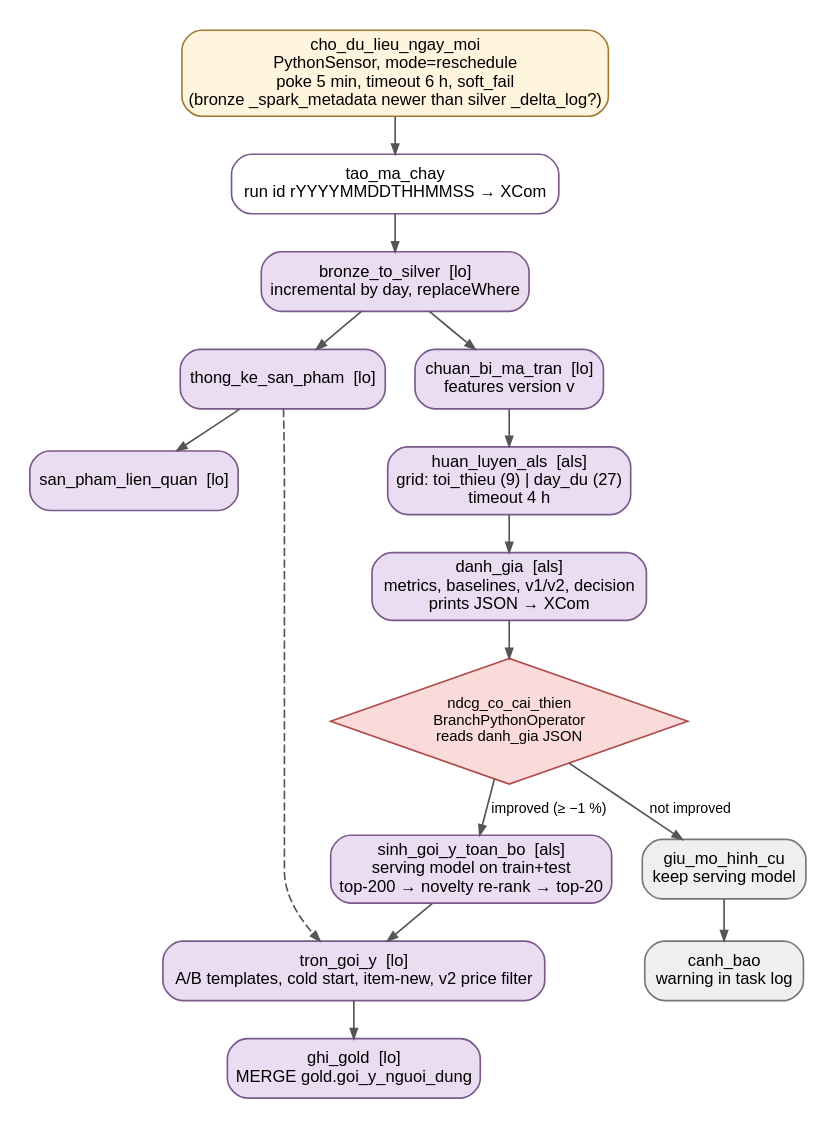
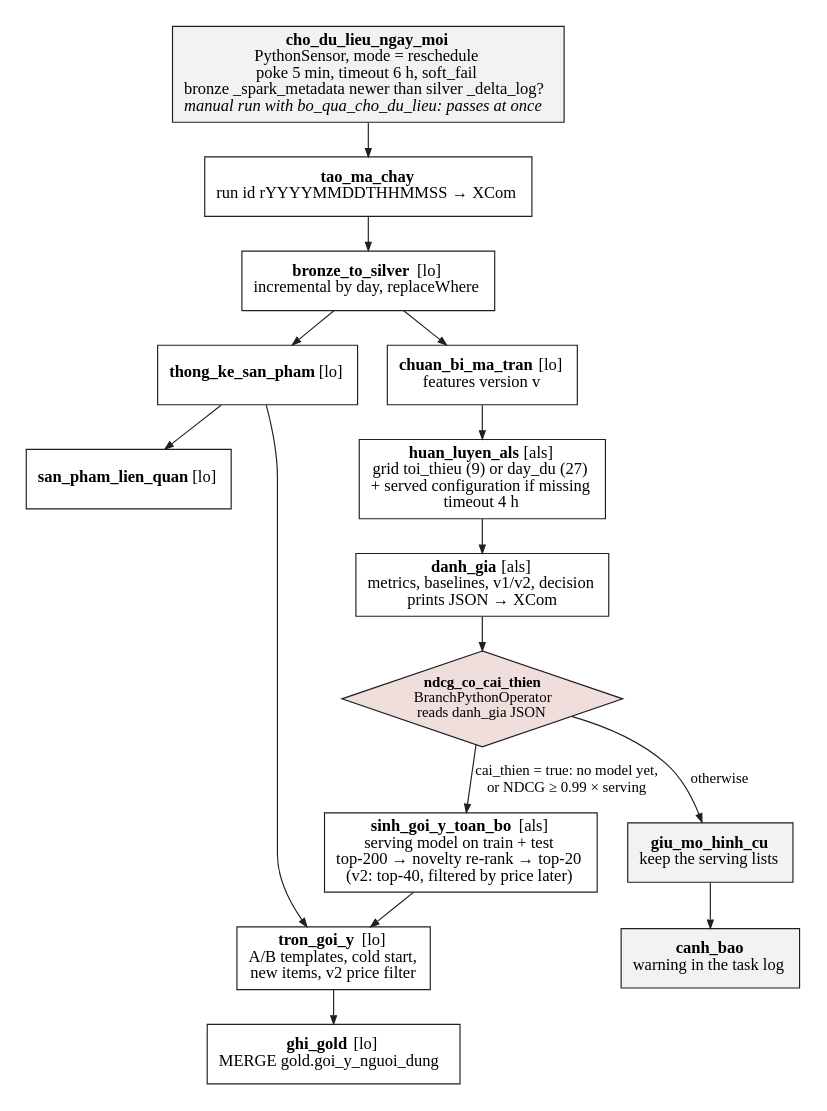
The diagram in bao_cao/hinh/f05_dag1.dot (chitam31/CS411V_Final-Project_Ecommerce-Recommender-System), drawn with Graphviz before and after one commit. The commit also changed 41 other files, not shown here.

```diff
--- a/bao_cao/hinh/f05_dag1.dot
+++ b/bao_cao/hinh/f05_dag1.dot
@@ -1,26 +1,27 @@
+// DAG 1 kn_pipeline_hang_ngay: phụ thuộc lấy đúng từ airflow/dags/kn_pipeline_hang_ngay.py.
 digraph G {
-  graph [rankdir=TB, fontname="Liberation Sans", nodesep=0.25, ranksep=0.3, pad=0.15, splines=true];
-  node  [shape=box, style="rounded,filled", fontname="Liberation Sans", fontsize=10, fillcolor="#EADCF1", color="#7A5A8A", margin="0.1,0.05"];
-  edge  [color="#555555", arrowsize=0.6, fontname="Liberation Sans", fontsize=8.5];
-  sen [label="cho_du_lieu_ngay_moi\nPythonSensor, mode=reschedule\npoke 5 min, timeout 6 h, soft_fail\n(bronze _spark_metadata newer than silver _delta_log?)", fillcolor="#FFF4DE", color="#A07A30"];
-  mc  [label="tao_ma_chay\nrun id rYYYYMMDDTHHMMSS → XCom", fillcolor="#FFFFFF"];
-  bs  [label="bronze_to_silver  [lo]\nincremental by day, replaceWhere"];
-  tk  [label="thong_ke_san_pham  [lo]"];
-  lq  [label="san_pham_lien_quan  [lo]"];
-  cb  [label="chuan_bi_ma_tran  [lo]\nfeatures version v"];
-  hl  [label="huan_luyen_als  [als]\ngrid: toi_thieu (9) | day_du (27)\ntimeout 4 h"];
-  dg  [label="danh_gia  [als]\nmetrics, baselines, v1/v2, decision\nprints JSON → XCom"];
-  br  [label="ndcg_co_cai_thien\nBranchPythonOperator\nreads danh_gia JSON", shape=diamond, style="filled", fillcolor="#FBDADA", color="#B04A4A", fontsize=9];
-  sg  [label="sinh_goi_y_toan_bo  [als]\nserving model on train+test\ntop-200 → novelty re-rank → top-20"];
-  tr  [label="tron_goi_y  [lo]\nA/B templates, cold start, item-new, v2 price filter"];
-  gg  [label="ghi_gold  [lo]\nMERGE gold.goi_y_nguoi_dung"];
-  gc  [label="giu_mo_hinh_cu\nkeep serving model", fillcolor="#EFEFEF", color="#777777"];
-  cw  [label="canh_bao\nwarning in task log", fillcolor="#EFEFEF", color="#777777"];
+  graph [rankdir=TB, fontname="Liberation Serif", nodesep=0.25, ranksep=0.28, pad=0.12, splines=true];
+  node  [shape=box, style=filled, fontname="Liberation Serif", fontsize=10, fillcolor="#FFFFFF", color="#1F1F1F", penwidth=0.7, margin="0.1,0.05"];
+  edge  [color="#1F1F1F", arrowsize=0.5, penwidth=0.7, fontname="Liberation Serif Italic", fontsize=9];
+  sen [fillcolor="#F2F2F2", label=<<B>cho_du_lieu_ngay_moi</B><BR/>PythonSensor, mode = reschedule<BR/>poke 5 min, timeout 6 h, soft_fail<BR/>bronze _spark_metadata newer than silver _delta_log?<BR/><I>manual run with bo_qua_cho_du_lieu: passes at once</I>>];
+  mc  [label=<<B>tao_ma_chay</B><BR/>run id rYYYYMMDDTHHMMSS → XCom>];
+  bs  [label=<<B>bronze_to_silver</B>  [lo]<BR/>incremental by day, replaceWhere>];
+  tk  [label=<<B>thong_ke_san_pham</B>  [lo]>];
+  lq  [label=<<B>san_pham_lien_quan</B>  [lo]>];
+  cb  [label=<<B>chuan_bi_ma_tran</B>  [lo]<BR/>features version v>];
+  hl  [label=<<B>huan_luyen_als</B>  [als]<BR/>grid toi_thieu (9) or day_du (27)<BR/>+ served configuration if missing<BR/>timeout 4 h>];
+  dg  [label=<<B>danh_gia</B>  [als]<BR/>metrics, baselines, v1/v2, decision<BR/>prints JSON → XCom>];
+  br  [shape=diamond, fillcolor="#F0DEDC", fontsize=9, margin="0.02,0.02", label=<<B>ndcg_co_cai_thien</B><BR/>BranchPythonOperator<BR/>reads danh_gia JSON>];
+  sg  [label=<<B>sinh_goi_y_toan_bo</B>  [als]<BR/>serving model on train + test<BR/>top-200 → novelty re-rank → top-20<BR/>(v2: top-40, filtered by price later)>];
+  tr  [label=<<B>tron_goi_y</B>  [lo]<BR/>A/B templates, cold start,<BR/>new items, v2 price filter>];
+  gg  [label=<<B>ghi_gold</B>  [lo]<BR/>MERGE gold.goi_y_nguoi_dung>];
+  gc  [fillcolor="#F2F2F2", label=<<B>giu_mo_hinh_cu</B><BR/>keep the serving lists>];
+  cw  [fillcolor="#F2F2F2", label=<<B>canh_bao</B><BR/>warning in the task log>];
   sen -> mc -> bs;
   bs -> tk -> lq; bs -> cb -> hl -> dg -> br;
-  br -> sg [label=" improved (≥ −1 %)"]; sg -> tr -> gg;
-  tk -> tr [style=dashed];
-  br -> gc [label=" not improved"]; gc -> cw;
+  br -> sg [label=" cai_thien = true: no model yet,\n or NDCG ≥ 0.99 × serving"]; sg -> tr -> gg;
+  tk -> tr;
+  br -> gc [label=" otherwise"]; gc -> cw;
   {rank=same; tk; cb;}
   {rank=same; sg; gc;}
 }
```
